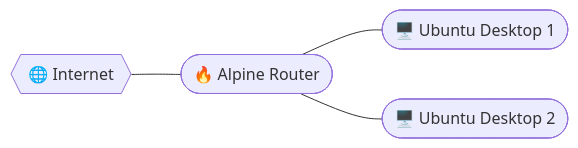
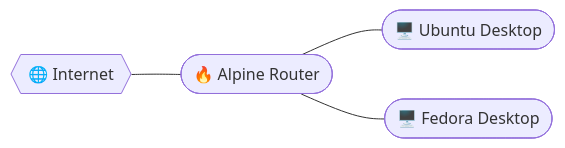
One commit to chramb/router-lab changed the diagram in README.md. Above: the diagram before and after it, drawn with Mermaid.

Commit message:
README.md: changed 1 Ubuntu to Fedora
Because current version of libvirt provider doesn't support marking
volume as read-only I opted to instead use 2 different iso files.
Might as well use different distributions because of that.

````diff
--- a/README.md
+++ b/README.md
@@ -10,5 +10,5 @@
 ```mermaid
 flowchart LR
     A{{"🌐 Internet"}} --- B(["🔥 Alpine Router"])
-    B --- C(["🖥️ Ubuntu Desktop 1"]) & D(["🖥️ Ubuntu Desktop 2"])
+    B --- C(["🖥️ Ubuntu Desktop"]) & D(["🖥️ Fedora Desktop"])
 ```
````
